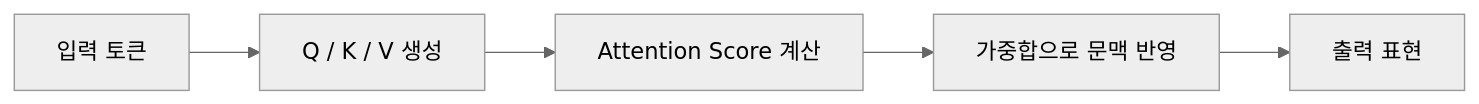
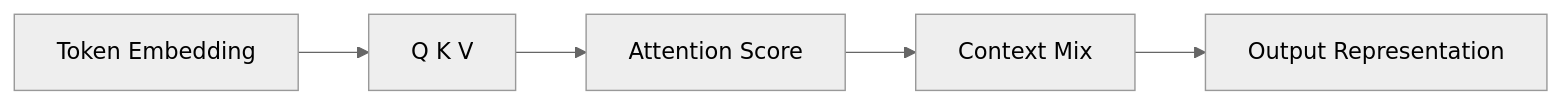
The diagram in curriculum/week07.md (sujinchoo/Ai.build.education), drawn with Mermaid (neutral theme) before and after one commit. The commit also changed other lines of this file and 23 other files, not shown here.

````diff
--- a/curriculum/week07.md
+++ b/curriculum/week07.md
@@ -14,7 +20,7 @@
 ```mermaid
 flowchart LR
-    T[입력 토큰] --> QKV[Q / K / V 생성]
-    QKV --> S[Attention Score 계산]
-    S --> C[가중합으로 문맥 반영]
-    C --> O[출력 표현]
+    T[Token Embedding] --> QKV[Q K V]
+    QKV --> A[Attention Score]
+    A --> C[Context Mix]
+    C --> O[Output Representation]
 ```
````
